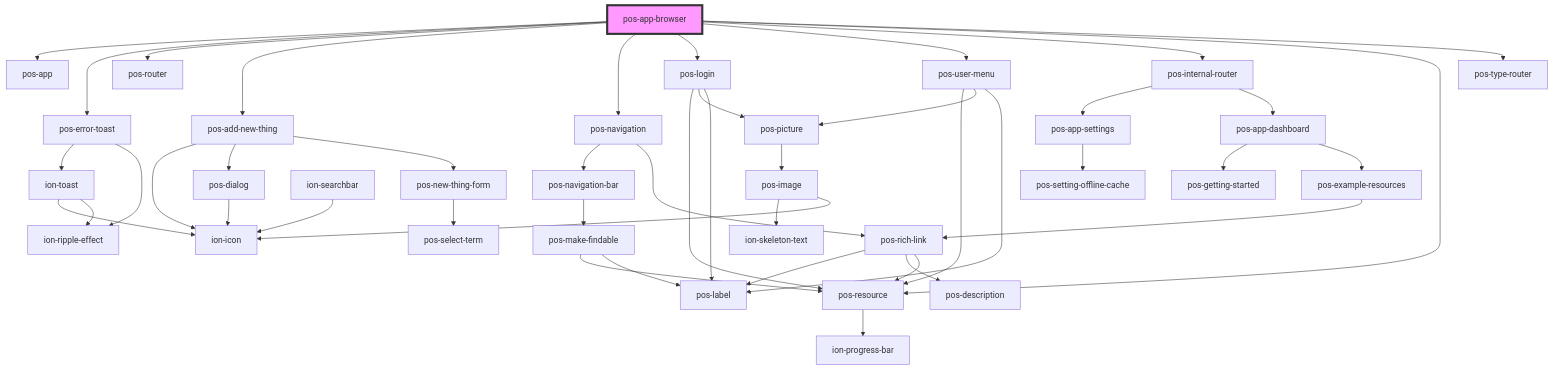
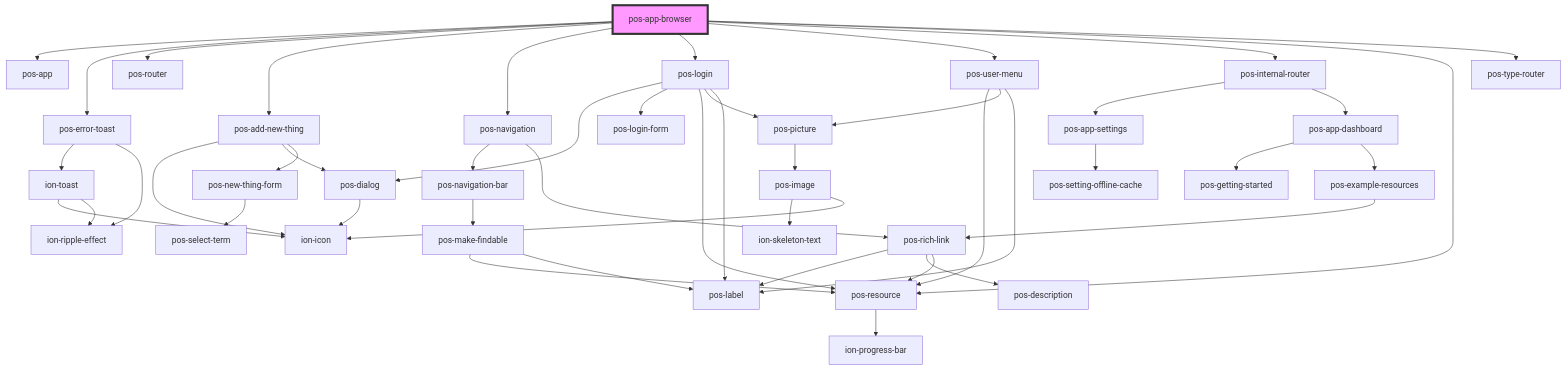
Before and after one commit to pod-os/PodOS: the diagram in docs/elements/apps/pos-app-browser/readme.md, drawn with Mermaid. The commit also changed 3 other files, not shown here.

````diff
--- a/docs/elements/apps/pos-app-browser/readme.md
+++ b/docs/elements/apps/pos-app-browser/readme.md
@@ -32,48 +32,49 @@
 ```mermaid
 graph TD;
   pos-app-browser --> pos-app
   pos-app-browser --> pos-error-toast
   pos-app-browser --> pos-router
   pos-app-browser --> pos-add-new-thing
   pos-app-browser --> pos-navigation
   pos-app-browser --> pos-login
   pos-app-browser --> pos-user-menu
   pos-app-browser --> pos-internal-router
   pos-app-browser --> pos-resource
   pos-app-browser --> pos-type-router
   pos-error-toast --> ion-toast
   pos-error-toast --> ion-ripple-effect
   ion-toast --> ion-icon
   ion-toast --> ion-ripple-effect
   pos-add-new-thing --> ion-icon
   pos-add-new-thing --> pos-dialog
   pos-add-new-thing --> pos-new-thing-form
   pos-dialog --> ion-icon
   pos-new-thing-form --> pos-select-term
   pos-navigation --> pos-navigation-bar
   pos-navigation --> pos-rich-link
   pos-navigation-bar --> pos-make-findable
   pos-make-findable --> pos-resource
   pos-make-findable --> pos-label
   pos-resource --> ion-progress-bar
-  ion-searchbar --> ion-icon
   pos-rich-link --> pos-label
   pos-rich-link --> pos-description
   pos-rich-link --> pos-resource
+  pos-login --> pos-dialog
+  pos-login --> pos-login-form
   pos-login --> pos-resource
   pos-login --> pos-picture
   pos-login --> pos-label
   pos-picture --> pos-image
   pos-image --> ion-skeleton-text
   pos-image --> ion-icon
   pos-user-menu --> pos-resource
   pos-user-menu --> pos-picture
   pos-user-menu --> pos-label
   pos-internal-router --> pos-app-settings
   pos-internal-router --> pos-app-dashboard
   pos-app-settings --> pos-setting-offline-cache
   pos-app-dashboard --> pos-getting-started
   pos-app-dashboard --> pos-example-resources
   pos-example-resources --> pos-rich-link
   style pos-app-browser fill:#f9f,stroke:#333,stroke-width:4px
 ```
````
